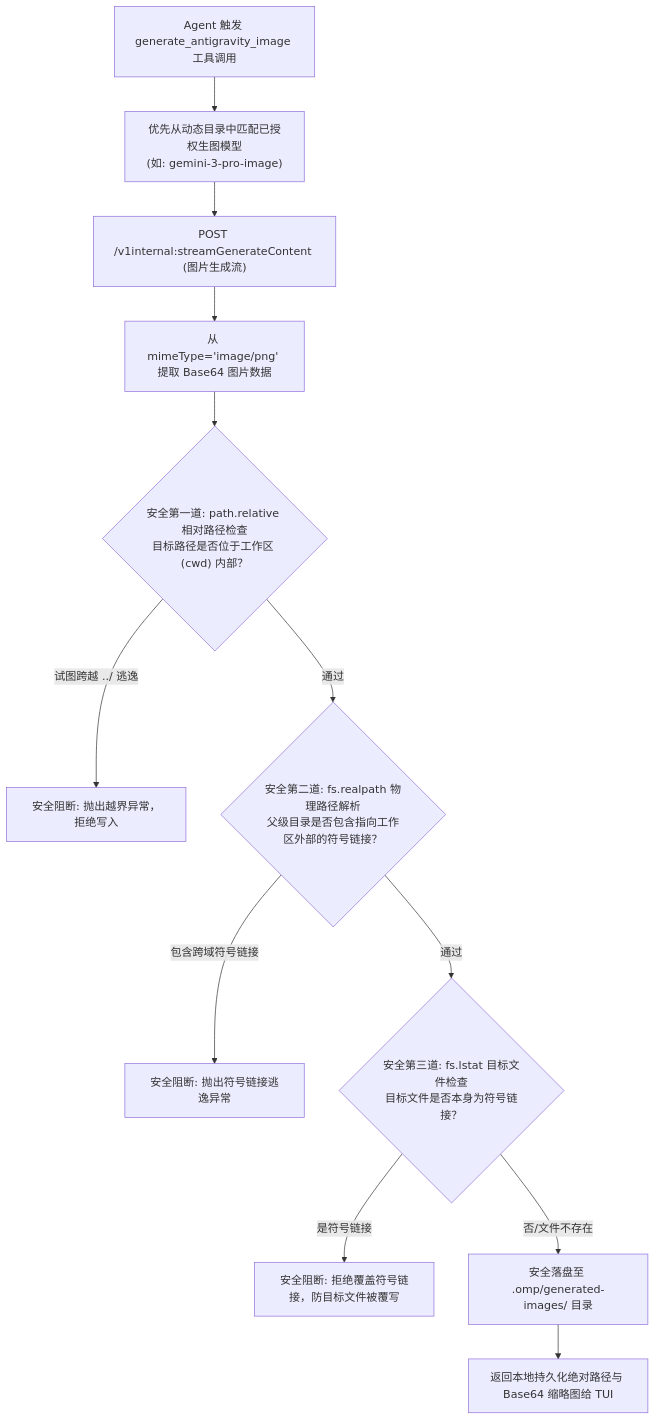
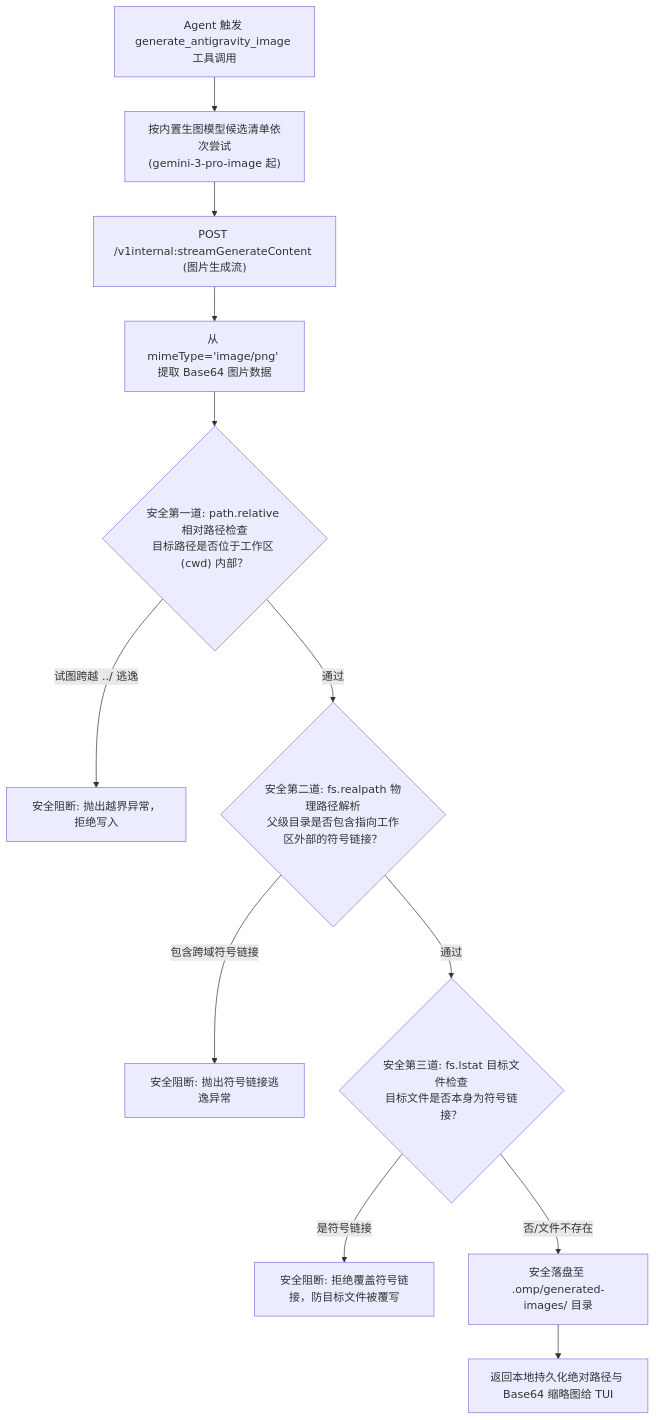
Before and after one commit to oscs1024-pixel/omp-antigravity: the seventh of 7 diagrams in README.md, drawn with Mermaid. The commit also changed other lines of this file and 26 other files, not shown here.

````diff
--- a/README.md
+++ b/README.md
@@ -355,18 +355,18 @@
 ```mermaid
 flowchart TD
-    ToolCall["Agent 触发 generate_antigravity_image 工具调用"] --> ModelDetect["优先从动态目录中匹配已授权生图模型<br/>(如: gemini-3-pro-image)"]
+    ToolCall["Agent 触发 generate_antigravity_image 工具调用"] --> ModelDetect["按内置生图模型候选清单依次尝试<br/>(gemini-3-pro-image 起)"]
     ModelDetect --> GenSSE["POST /v1internal:streamGenerateContent (图片生成流)"]
     GenSSE --> ParseBytes["从 mimeType='image/png' 提取 Base64 图片数据"]
 
     ParseBytes --> SecGate1{"安全第一道: path.relative 相对路径检查<br/>目标路径是否位于工作区 (cwd) 内部？"}
     SecGate1 -- 试图跨越 ../ 逃逸 --> Reject1["安全阻断: 抛出越界异常，拒绝写入"]
 
     SecGate1 -- 通过 --> SecGate2{"安全第二道: fs.realpath 物理路径解析<br/>父级目录是否包含指向工作区外部的符号链接？"}
     SecGate2 -- 包含跨域符号链接 --> Reject2["安全阻断: 抛出符号链接逃逸异常"]
 
     SecGate2 -- 通过 --> SecGate3{"安全第三道: fs.lstat 目标文件检查<br/>目标文件是否本身为符号链接？"}
     SecGate3 -- 是符号链接 --> Reject3["安全阻断: 拒绝覆盖符号链接，防目标文件被覆写"]
 
     SecGate3 -- 否/文件不存在 --> SafeWrite["安全落盘至 .omp/generated-images/ 目录"]
     SafeWrite --> ReturnUI["返回本地持久化绝对路径与 Base64 缩略图给 TUI"]
 ```
````
